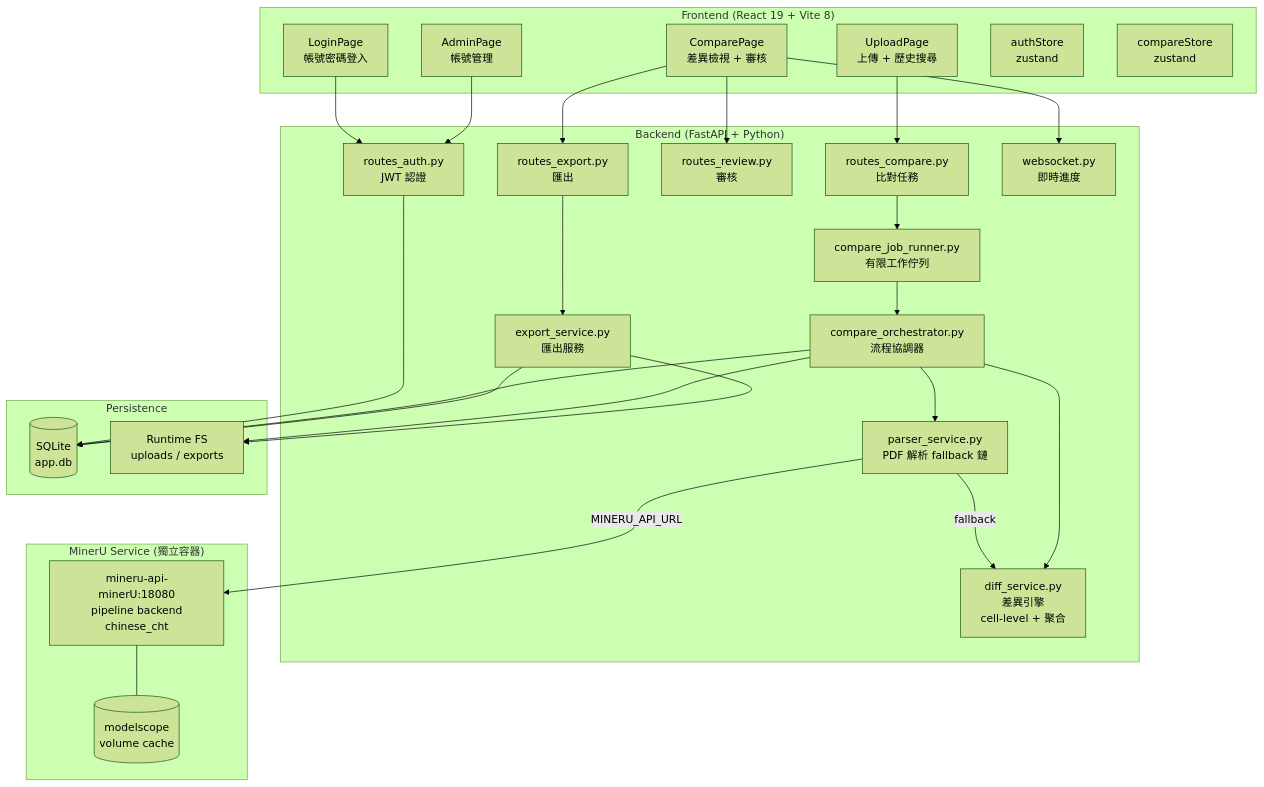
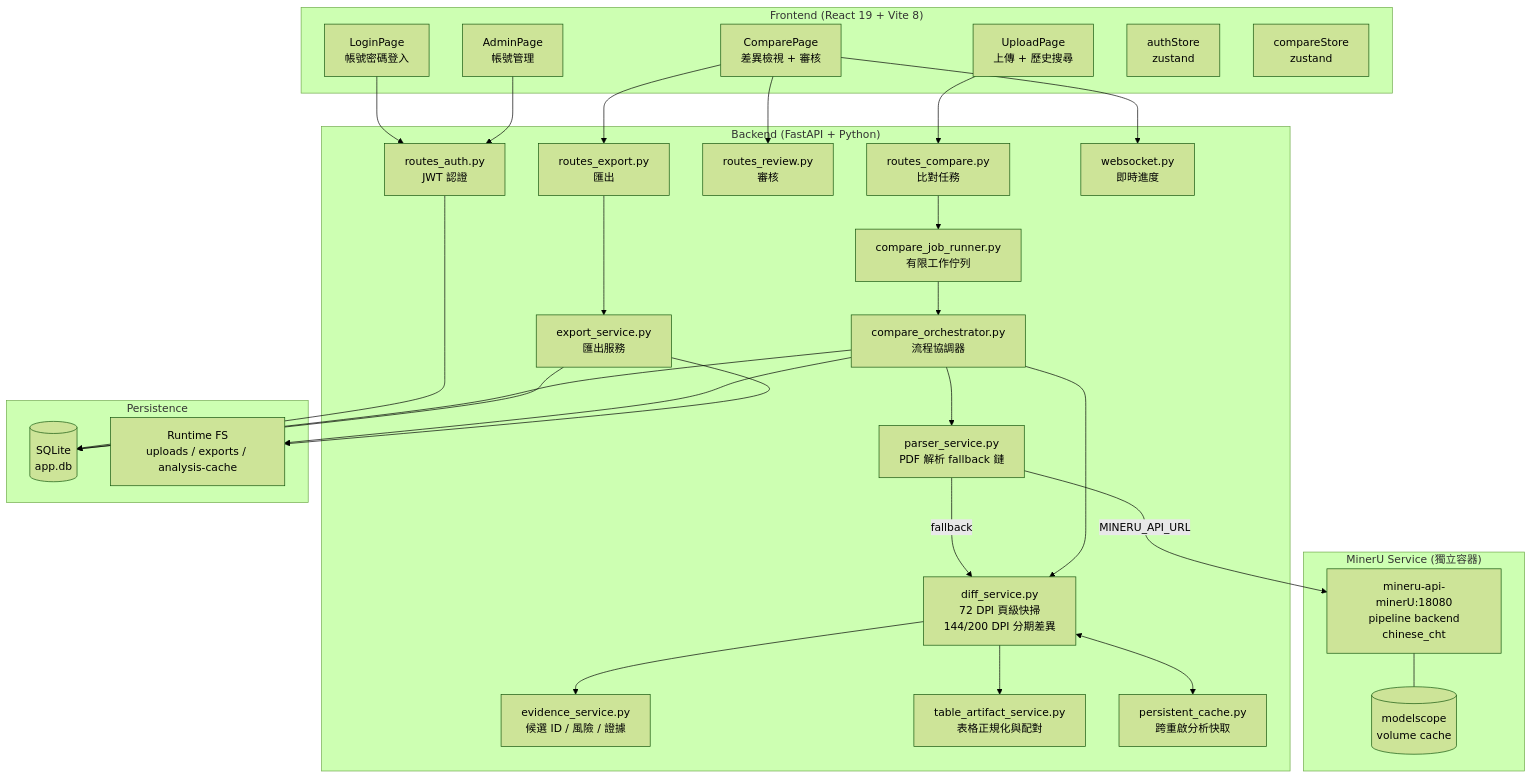
The first of 4 diagrams in docs/technical-architecture.md (a9181873/PDF_check_minerU), drawn with Mermaid (forest theme) before and after one commit. The commit also changed other lines of this file and 42 other files, not shown here.

Commit message:
feat: add progressive OCR diff analysis

````diff
--- a/docs/technical-architecture.md
+++ b/docs/technical-architecture.md
@@ -9,54 +9,60 @@
 ```mermaid
 graph TB
     subgraph "Frontend (React 19 + Vite 8)"
         LP[LoginPage<br/>帳號密碼登入]
         UP[UploadPage<br/>上傳 + 歷史搜尋]
         CP[ComparePage<br/>差異檢視 + 審核]
         AP[AdminPage<br/>帳號管理]
         AS[authStore<br/>zustand]
         CS[compareStore<br/>zustand]
     end
 
     subgraph "Backend (FastAPI + Python)"
         AUTH[routes_auth.py<br/>JWT 認證]
         COMP[routes_compare.py<br/>比對任務]
         REV[routes_review.py<br/>審核]
         EXP[routes_export.py<br/>匯出]
         WS[websocket.py<br/>即時進度]
         JOB[compare_job_runner.py<br/>有限工作佇列]
         ORCH[compare_orchestrator.py<br/>流程協調器]
-        DIFF[diff_service.py<br/>差異引擎<br/>cell-level + 聚合]
+        DIFF[diff_service.py<br/>72 DPI 頁級快掃<br/>144/200 DPI 分期差異]
+        EVID[evidence_service.py<br/>候選 ID / 風險 / 證據]
+        TART[table_artifact_service.py<br/>表格正規化與配對]
+        PCACHE[persistent_cache.py<br/>跨重啟分析快取]
         PARSE[parser_service.py<br/>PDF 解析 fallback 鏈]
         EXPSERV[export_service.py<br/>匯出服務]
     end
 
     subgraph "MinerU Service (獨立容器)"
         MINERU[mineru-api-minerU:18080<br/>pipeline backend<br/>chinese_cht]
         MCACHE[(modelscope<br/>volume cache)]
     end
 
     subgraph "Persistence"
         DB[(SQLite<br/>app.db)]
-        FS[Runtime FS<br/>uploads / exports]
+        FS[Runtime FS<br/>uploads / exports / analysis-cache]
     end
 
     LP --> AUTH
     UP --> COMP
     CP --> REV
     CP --> EXP
     CP --> WS
     AP --> AUTH
     AUTH --> DB
     COMP --> JOB
     JOB --> ORCH
     ORCH --> PARSE
     PARSE -->|MINERU_API_URL| MINERU
     MINERU --- MCACHE
     PARSE -->|fallback| DIFF
     ORCH --> DIFF
+    DIFF --> EVID
+    DIFF --> TART
+    DIFF <--> PCACHE
     ORCH --> DB
     ORCH --> FS
     EXP --> EXPSERV
     EXPSERV --> DB
     EXPSERV --> FS
 ```
````
